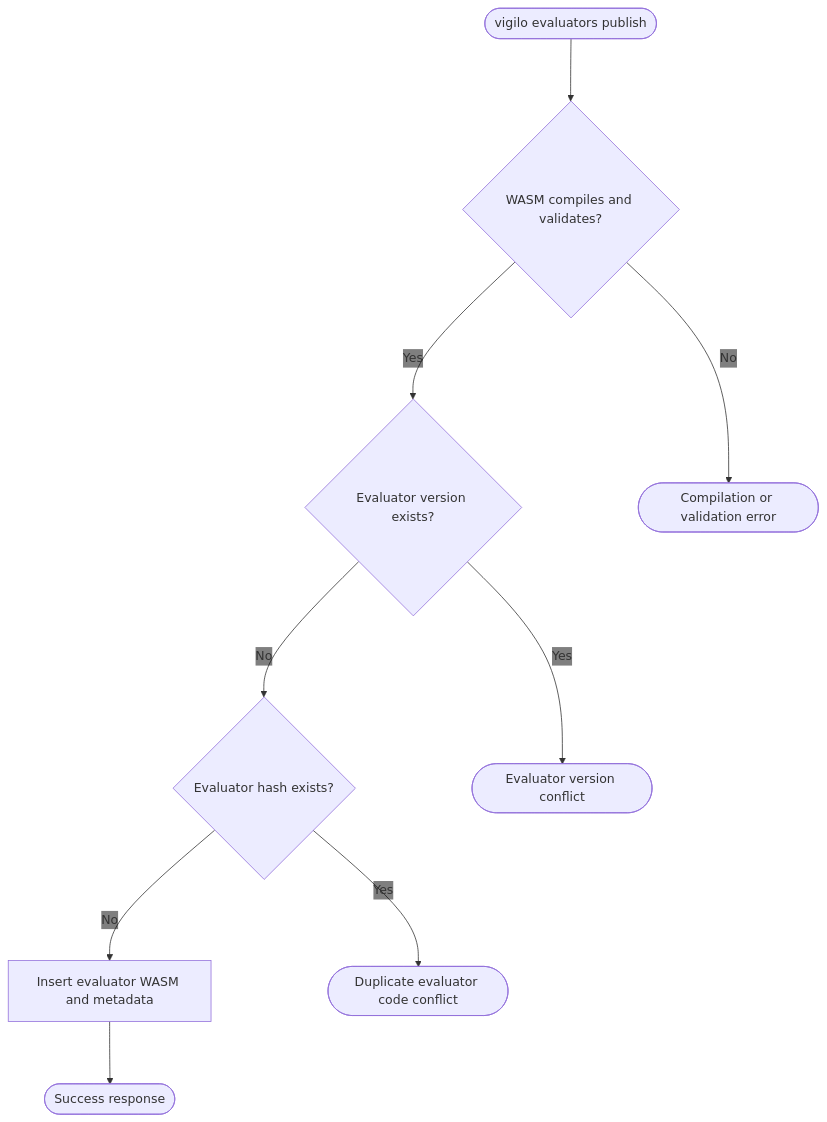
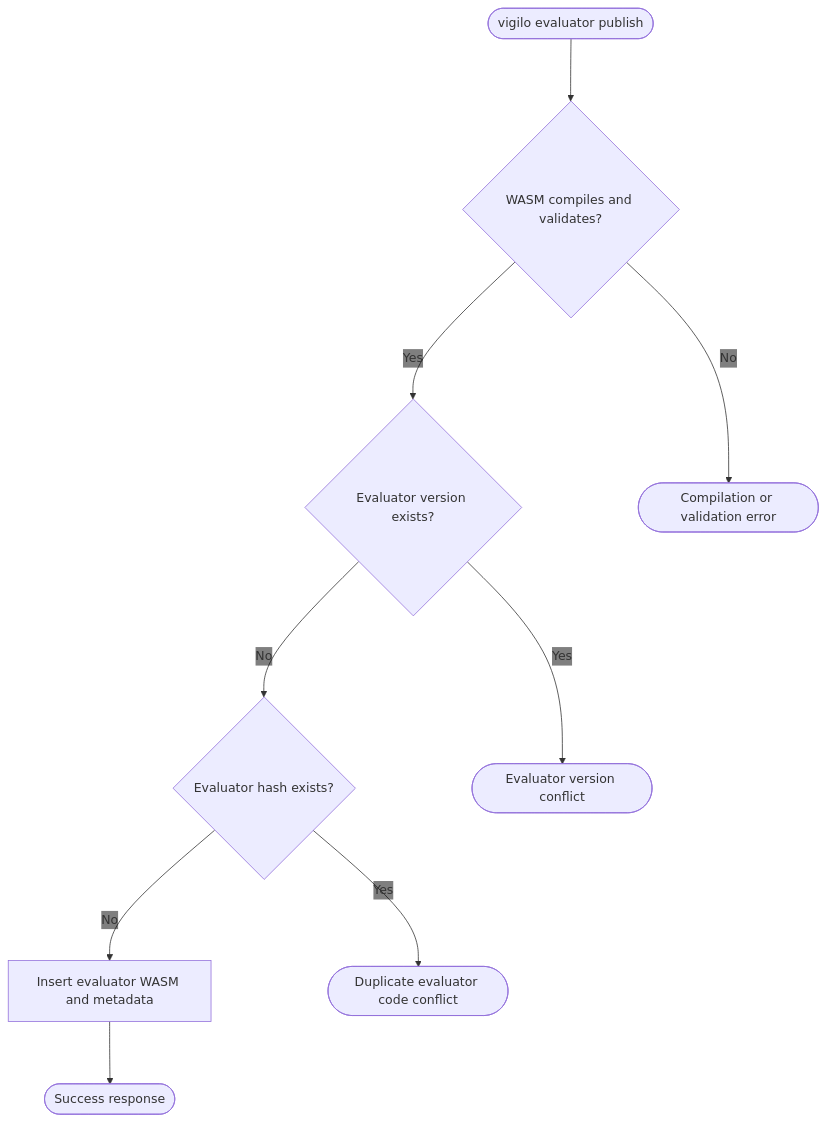
The diagram in web/docs/architecture/flows/evaluators/publish/decision-flow.mmd (gregl83/agent-vigilo), drawn with Mermaid before and after one commit. The commit also changed 40 other files, not shown here.

```diff
--- a/web/docs/architecture/flows/evaluators/publish/decision-flow.mmd
+++ b/web/docs/architecture/flows/evaluators/publish/decision-flow.mmd
@@ -1,40 +1,40 @@
 ---
 config:
   flowchart:
     nodeSpacing: 150
     rankSpacing: 80
   themeVariables:
     edgeLabelBackground: 'transparent'
 ---
 flowchart TD
-    Start([vigilo evaluators publish])
+    Start([vigilo evaluator publish])
 
     Compile{WASM compiles and validates?}
     Version{Evaluator version exists?}
     Hash{Evaluator hash exists?}
 
     Persist[Insert evaluator WASM and metadata]
 
     Success([Success response])
 
     CompileFail([Compilation or validation error])
     VersionFail([Evaluator version conflict])
     HashFail([Duplicate evaluator code conflict])
 
     Start --> Compile
 
     Compile -- No --> CompileFail
     Compile -- Yes --> Version
 
     Version -- Yes --> VersionFail
     Version -- No --> Hash
 
     Hash -- Yes --> HashFail
     Hash -- No --> Persist
 
     Persist --> Success
 
     class Start command
     class Success success
     class Compile,Version,Hash,Persist system
     class CompileFail,VersionFail,HashFail error
```
